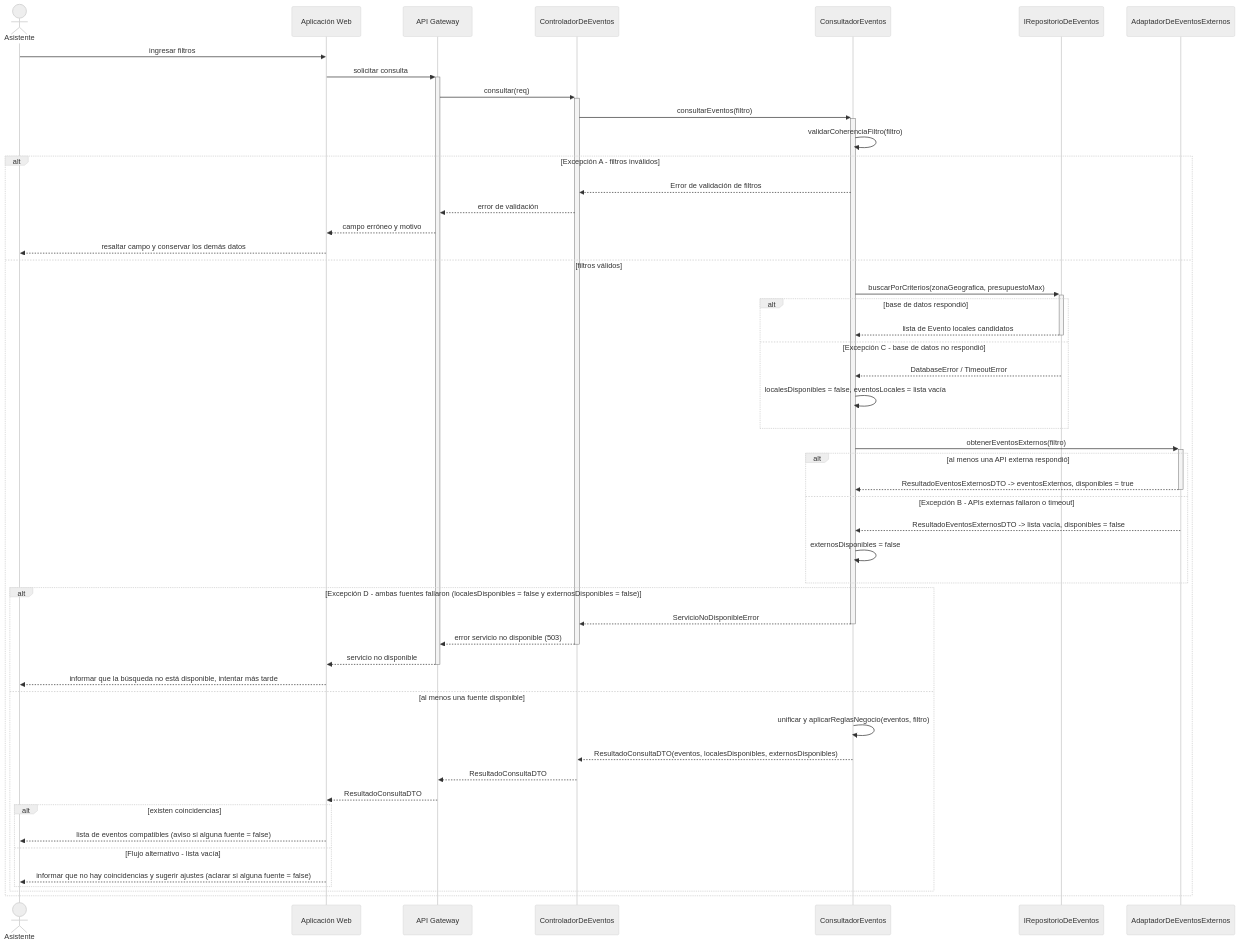
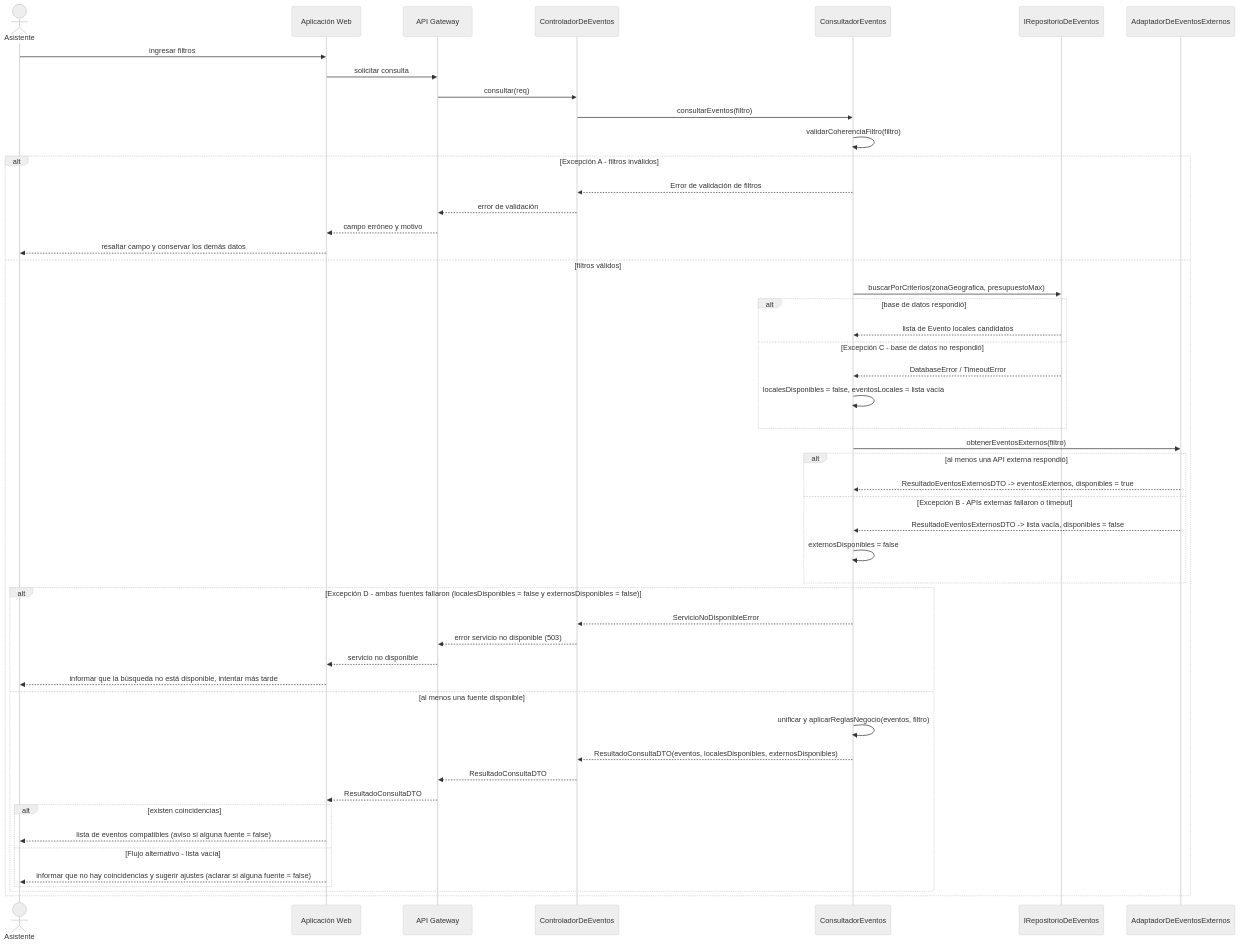
Before and after one commit to ProyectPlanning/Sistema_de_eventos: the second of 2 diagrams in mermeids.md, drawn with Mermaid (neutral theme).

Commit message:
Fix formatting issues in mermeids.md

````diff
--- a/mermeids.md
+++ b/mermeids.md
@@ -87,59 +87,59 @@
 ```mermaid
 sequenceDiagram
     actor U as Asistente
     participant WEB as Aplicación Web
     participant GW as API Gateway
     participant CE as ControladorDeEventos
     participant CO as ConsultadorEventos
     participant REP as IRepositorioDeEventos
     participant EXT as AdaptadorDeEventosExternos
 
     U->>WEB: ingresar filtros
-    WEB->>+GW: solicitar consulta
-    GW->>+CE: consultar(req)
-    CE->>+CO: consultarEventos(filtro)
+    WEB->>GW: solicitar consulta
+    GW->>CE: consultar(req)
+    CE->>CO: consultarEventos(filtro)
     CO->>CO: validarCoherenciaFiltro(filtro)
 
     alt Excepción A - filtros inválidos
         CO-->>CE: Error de validación de filtros
         CE-->>GW: error de validación
         GW-->>WEB: campo erróneo y motivo
         WEB-->>U: resaltar campo y conservar los demás datos
     else filtros válidos
-        CO->>+REP: buscarPorCriterios(zonaGeografica, presupuestoMax)
+        CO->>REP: buscarPorCriterios(zonaGeografica, presupuestoMax)
 
         alt base de datos respondió
-            REP-->>-CO: lista de Evento locales candidatos
+            REP-->>CO: lista de Evento locales candidatos
         else Excepción C - base de datos no respondió
             REP-->>CO: DatabaseError / TimeoutError
             CO->>CO: localesDisponibles = false, eventosLocales = lista vacía
         end
 
-        CO->>+EXT: obtenerEventosExternos(filtro)
+        CO->>EXT: obtenerEventosExternos(filtro)
 
         alt al menos una API externa respondió
-            EXT-->>-CO: ResultadoEventosExternosDTO -> eventosExternos, disponibles = true
+            EXT-->>CO: ResultadoEventosExternosDTO -> eventosExternos, disponibles = true
         else Excepción B - APIs externas fallaron o timeout
             EXT-->>CO: ResultadoEventosExternosDTO -> lista vacía, disponibles = false
             CO->>CO: externosDisponibles = false
         end
 
         alt Excepción D - ambas fuentes fallaron (localesDisponibles = false y externosDisponibles = false)
-            CO-->>-CE: ServicioNoDisponibleError
-            CE-->>-GW: error servicio no disponible (503)
-            GW-->>-WEB: servicio no disponible
+            CO-->>CE: ServicioNoDisponibleError
+            CE-->>GW: error servicio no disponible (503)
+            GW-->>WEB: servicio no disponible
             WEB-->>U: informar que la búsqueda no está disponible, intentar más tarde
         else al menos una fuente disponible
             CO->>CO: unificar y aplicarReglasNegocio(eventos, filtro)
             CO-->>CE: ResultadoConsultaDTO(eventos, localesDisponibles, externosDisponibles)
             CE-->>GW: ResultadoConsultaDTO
             GW-->>WEB: ResultadoConsultaDTO
 
             alt existen coincidencias
                 WEB-->>U: lista de eventos compatibles (aviso si alguna fuente = false)
             else Flujo alternativo - lista vacía
                 WEB-->>U: informar que no hay coincidencias y sugerir ajustes (aclarar si alguna fuente = false)
             end
         end
     end
 ```
````
